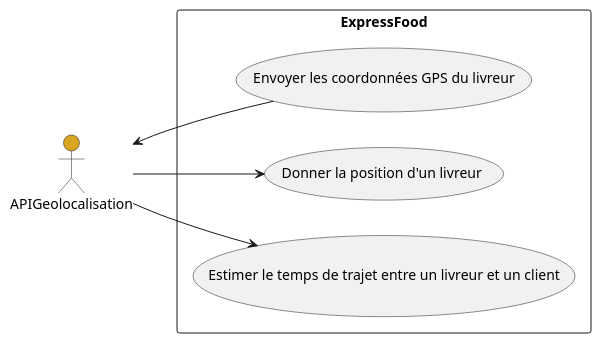
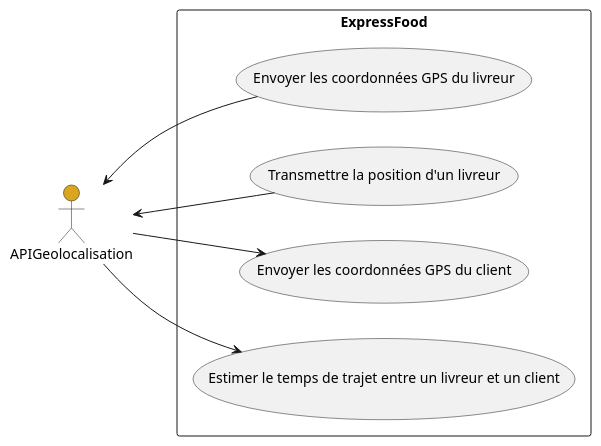
The diagram in UseCase/APIGeolocalisation.puml (laurasullyalexandrine/expressfood), drawn with PlantUML before and after one commit. The commit also changed 1 other file, not shown here.

Commit message:
add modifications on sequence client and apigeo

```diff
--- a/UseCase/APIGeolocalisation.puml
+++ b/UseCase/APIGeolocalisation.puml
@@ -2,17 +2,18 @@
 @startuml APIGeolocalisation
 
 left to right direction
 
 actor "APIGeolocalisation" as APIGeolocalisation #GoldenRod
 
 rectangle ExpressFood {
   usecase "Envoyer les coordonnées GPS du livreur" as UC1
-  usecase "Donner la position d'un livreur" as UC2
-  usecase "Estimer le temps de trajet entre un livreur et un client" as UC3
+  usecase "Transmettre la position d'un livreur" as UC2
+  usecase "Envoyer les coordonnées GPS du client" as UC3
+  usecase "Estimer le temps de trajet entre un livreur et un client" as UC4
 }
 
 APIGeolocalisation <-- UC1
-APIGeolocalisation --> UC2
+APIGeolocalisation <-- UC2
 APIGeolocalisation --> UC3
-
+APIGeolocalisation --> UC4
 @enduml
```
